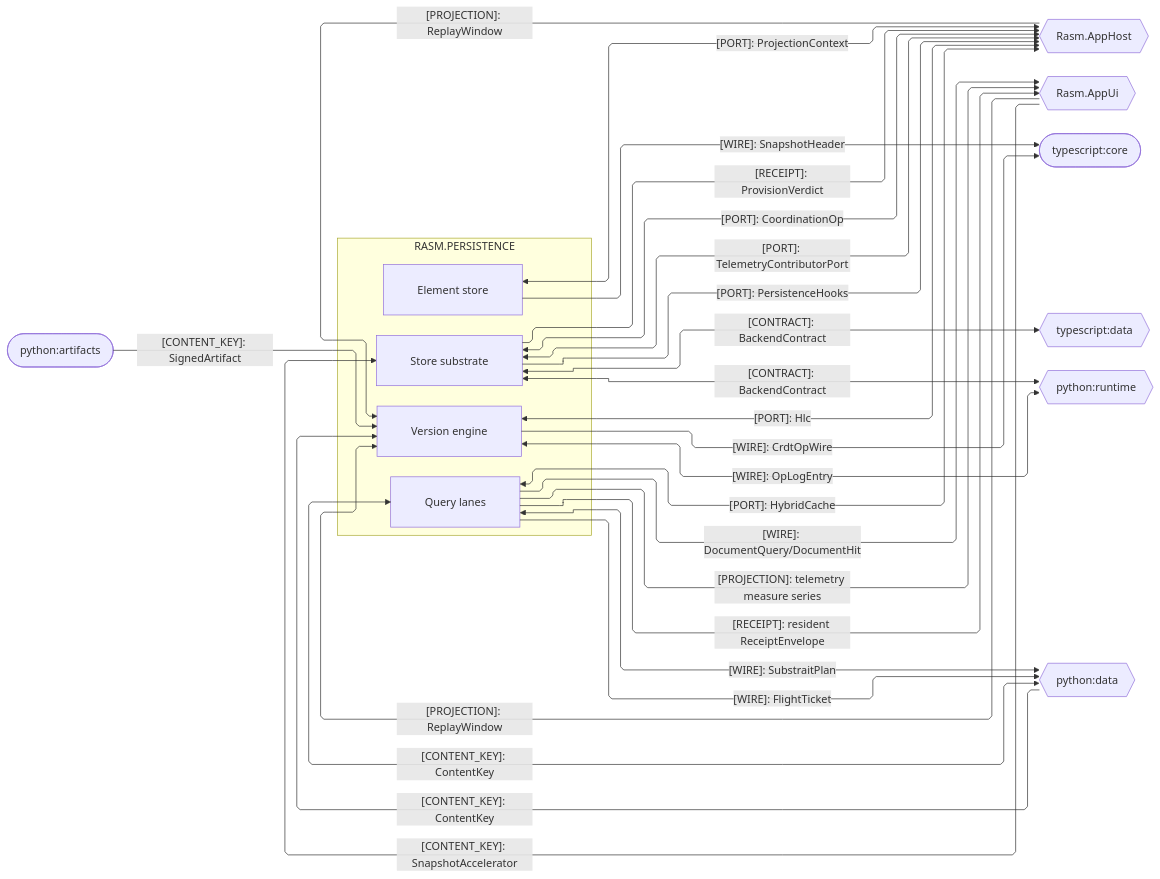
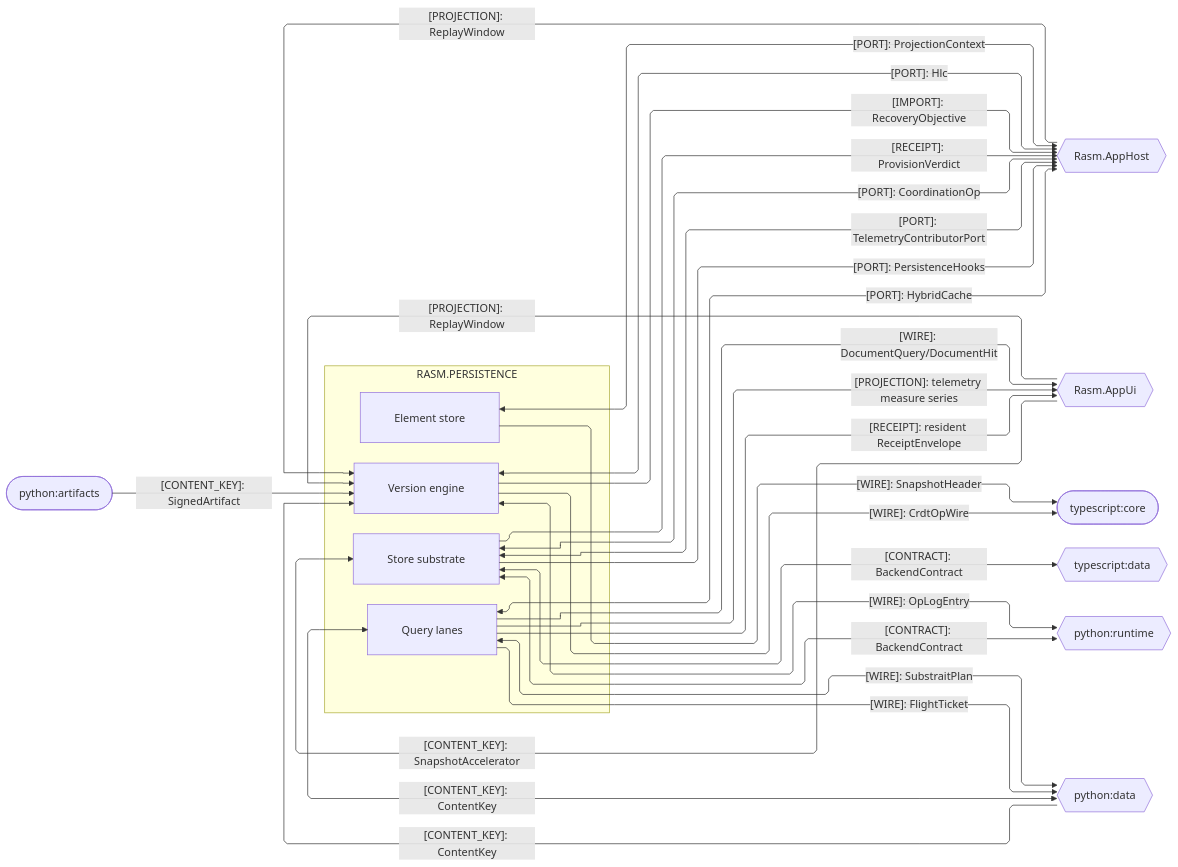
Before and after one commit to bsamiee/Rasm: the third of 4 diagrams in libs/csharp/Rasm.Persistence/ARCHITECTURE.md, drawn with Mermaid. The commit also changed other lines of this file and 400 other files, not shown here.

````diff
--- a/libs/csharp/Rasm.Persistence/ARCHITECTURE.md
+++ b/libs/csharp/Rasm.Persistence/ARCHITECTURE.md
@@ -152,48 +152,49 @@
 ```mermaid
 ---
 config:
   layout: elk
   flowchart:
     curve: linear
     padding: 25
 ---
 flowchart LR
     accTitle: Persistence platform and cross-runtime seams
-    accDescr: Persistence sub-domain owners exchanging ports, wires, projections, receipts, content keys, and contracts with the app host, the app UI, and the Python and TypeScript runtimes, one edge per kind.
+    accDescr: Persistence sub-domain owners exchanging ports, wires, projections, receipts, content keys, contracts, and one imported type with the app host, the app UI, and the Python and TypeScript runtimes, one edge per kind.
     subgraph persistence[RASM.PERSISTENCE]
         Element[Element store]
         Version[Version engine]
         Query[Query lanes]
         Store[Store substrate]
     end
     AppHost{{Rasm.AppHost}}
     AppUi{{Rasm.AppUi}}
     Core([typescript:core])
     TsData{{typescript:data}}
     Runtime{{python:runtime}}
     Data{{python:data}}
     Artifacts([python:artifacts])
     Element e1@-->|"[WIRE]: SnapshotHeader"| Core
     Version e2@-->|"[WIRE]: CrdtOpWire"| Core
     Version e3@<-->|"[WIRE]: OpLogEntry"| Runtime
     Artifacts e4@-->|"[CONTENT_KEY]: SignedArtifact"| Version
     Data e5@-->|"[CONTENT_KEY]: ContentKey"| Version
     Query e6@<-->|"[WIRE]: SubstraitPlan"| Data
     Query e16@-->|"[WIRE]: FlightTicket"| Data
     Data e17@<-->|"[CONTENT_KEY]: ContentKey"| Query
     Element e7@<-->|"[PORT]: ProjectionContext"| AppHost
     Version e8@<-->|"[PORT]: Hlc"| AppHost
+    Version e27@-->|"[IMPORT]: RecoveryObjective"| AppHost
     AppHost e9@-->|"[PROJECTION]: ReplayWindow"| Version
     Query e11@<-->|"[PORT]: HybridCache"| AppHost
     Store e12@<-->|"[PORT]: CoordinationOp"| AppHost
     Store e18@<-->|"[PORT]: TelemetryContributorPort"| AppHost
     Store e19@-->|"[PORT]: PersistenceHooks"| AppHost
     Store e13@-->|"[RECEIPT]: ProvisionVerdict"| AppHost
     Store e22@<-->|"[CONTRACT]: BackendContract"| Runtime
     Store e23@<-->|"[CONTRACT]: BackendContract"| TsData
     AppUi e14@-->|"[PROJECTION]: ReplayWindow"| Version
     AppUi e15@-->|"[CONTENT_KEY]: SnapshotAccelerator"| Store
     Query e24@-->|"[PROJECTION]: telemetry measure series"| AppUi
     Query e25@-->|"[RECEIPT]: resident ReceiptEnvelope"| AppUi
     Query e26@-->|"[WIRE]: DocumentQuery/DocumentHit"| AppUi
 ```
````
